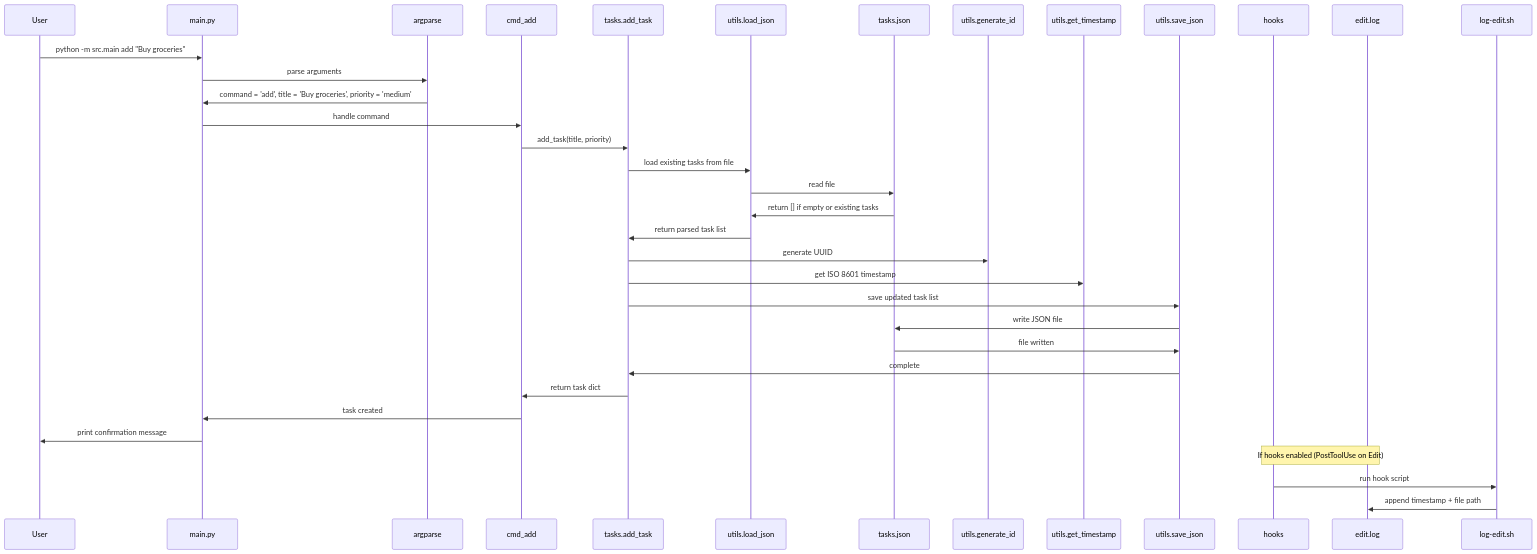
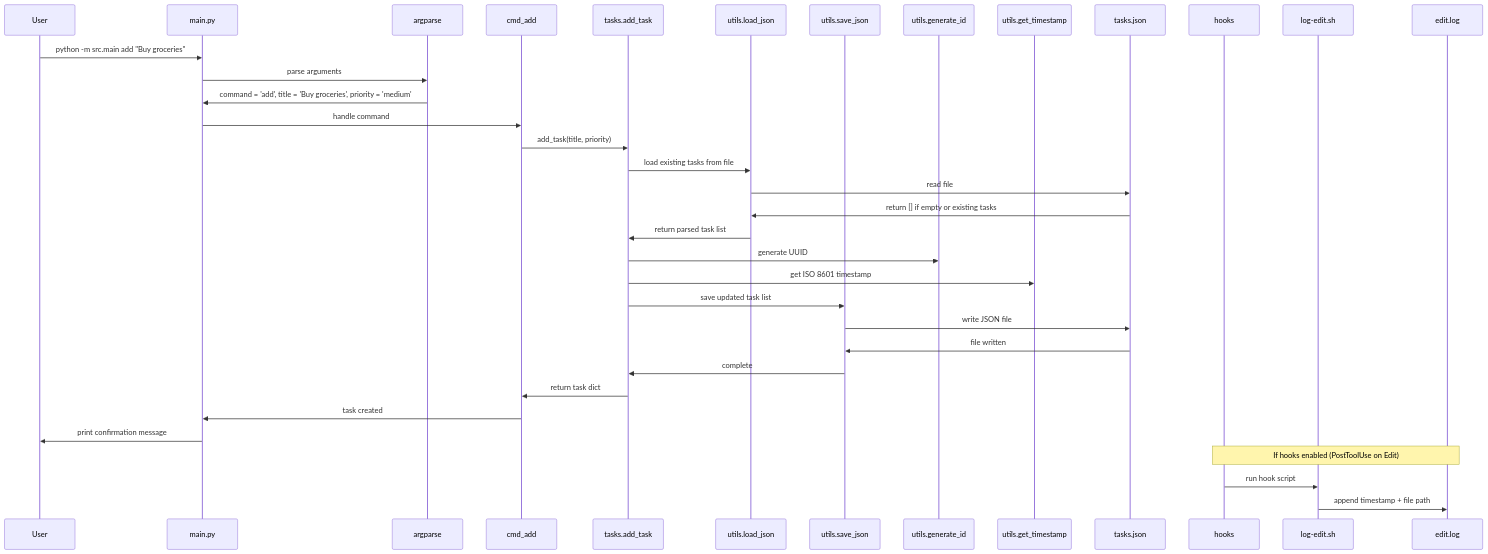
The second of 4 diagrams in docs/ARCHITECTURE.md (mallyadeepak/claude-code-learning-project), drawn with Mermaid before and after one commit. The commit also changed other lines of this file, not shown here.

Commit message:
Fix Mermaid diagram rendering issues
- sequenceDiagram: declare all participants explicitly to fix undeclared
  participant errors (hooks, edit.log, log-edit.sh, etc.)
- classDiagram: replace inheritance arrows (--|>) with association arrows
  (-->) and remove pipe characters from field/return types
- All diagrams: replace self-closing <br/> with <br> for broader renderer support

````diff
--- a/docs/ARCHITECTURE.md
+++ b/docs/ARCHITECTURE.md
@@ -90,24 +90,38 @@
 ```mermaid
 sequenceDiagram
-    User->>main.py: python -m src.main add "Buy groceries"
-    main.py->>argparse: parse arguments
-    argparse->>main.py: command = 'add', title = 'Buy groceries', priority = 'medium'
-    main.py->>cmd_add: handle command
-    cmd_add->>tasks.add_task: add_task(title, priority)
-    tasks.add_task->>utils.load_json: load existing tasks from file
-    utils.load_json->>tasks.json: read file
-    tasks.json->>utils.load_json: return [] if empty or existing tasks
-    utils.load_json->>tasks.add_task: return parsed task list
-    tasks.add_task->>utils.generate_id: generate UUID
-    tasks.add_task->>utils.get_timestamp: get ISO 8601 timestamp
-    tasks.add_task->>utils.save_json: save updated task list
-    utils.save_json->>tasks.json: write JSON file
-    tasks.json->>utils.save_json: file written
-    utils.save_json->>tasks.add_task: complete
-    tasks.add_task->>cmd_add: return task dict
-    cmd_add->>main.py: task created
-    main.py->>User: print confirmation message
-    Note over hooks,edit.log: If hooks enabled (PostToolUse on Edit)
-    hooks->>log-edit.sh: run hook script
-    log-edit.sh->>edit.log: append timestamp + file path
+    participant User
+    participant Main as main.py
+    participant Args as argparse
+    participant CmdAdd as cmd_add
+    participant Tasks as tasks.add_task
+    participant LoadJSON as utils.load_json
+    participant SaveJSON as utils.save_json
+    participant GenID as utils.generate_id
+    participant TS as utils.get_timestamp
+    participant Storage as tasks.json
+    participant Hook as hooks
+    participant LogScript as log-edit.sh
+    participant Log as edit.log
+
+    User->>Main: python -m src.main add "Buy groceries"
+    Main->>Args: parse arguments
+    Args->>Main: command = 'add', title = 'Buy groceries', priority = 'medium'
+    Main->>CmdAdd: handle command
+    CmdAdd->>Tasks: add_task(title, priority)
+    Tasks->>LoadJSON: load existing tasks from file
+    LoadJSON->>Storage: read file
+    Storage->>LoadJSON: return [] if empty or existing tasks
+    LoadJSON->>Tasks: return parsed task list
+    Tasks->>GenID: generate UUID
+    Tasks->>TS: get ISO 8601 timestamp
+    Tasks->>SaveJSON: save updated task list
+    SaveJSON->>Storage: write JSON file
+    Storage->>SaveJSON: file written
+    SaveJSON->>Tasks: complete
+    Tasks->>CmdAdd: return task dict
+    CmdAdd->>Main: task created
+    Main->>User: print confirmation message
+    Note over Hook,Log: If hooks enabled (PostToolUse on Edit)
+    Hook->>LogScript: run hook script
+    LogScript->>Log: append timestamp + file path
 ```
````
